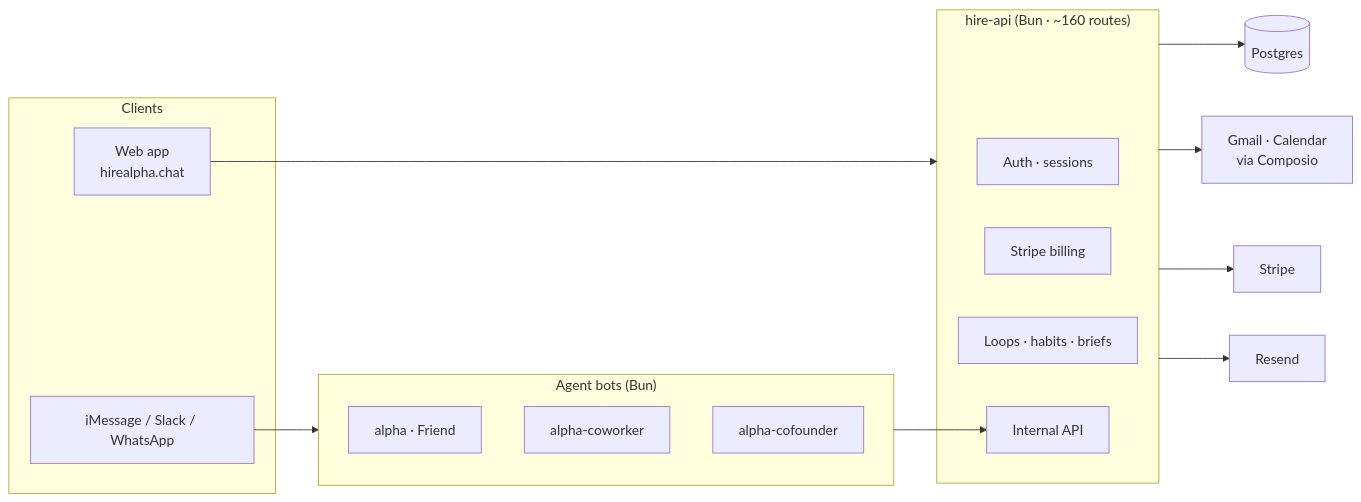
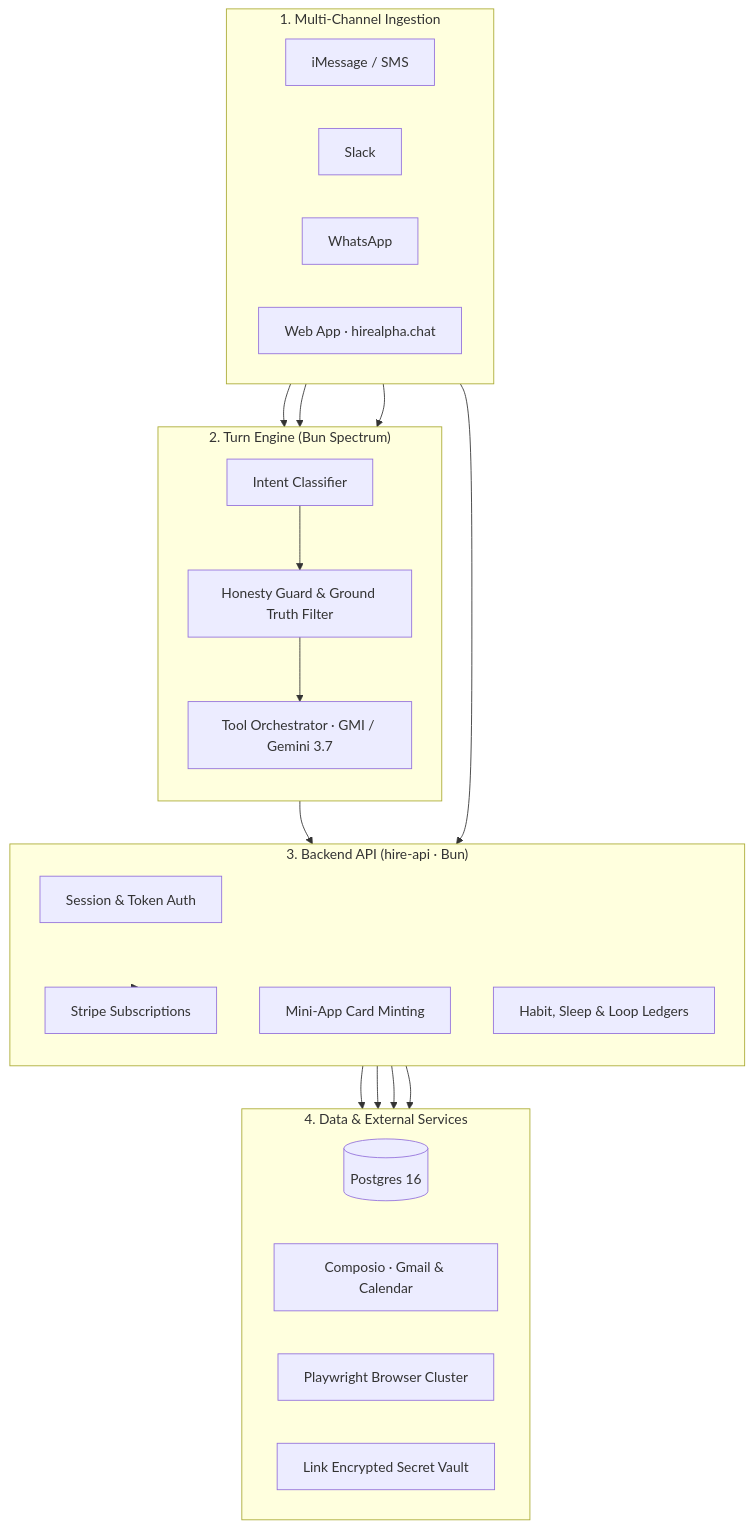
Before and after one commit to Sashank-Singh/hirealpha: the second of 2 diagrams in README.md, drawn with Mermaid. The commit also changed other lines of this file and 6 other files, not shown here.

````diff
--- a/README.md
+++ b/README.md
@@ -17,33 +131,43 @@
 ```mermaid
-flowchart LR
-  subgraph Clients
-    S[iMessage / Slack / WhatsApp]
-    W[Web app<br/>hirealpha.chat]
+flowchart TB
+  subgraph Ingestion["1. Multi-Channel Ingestion"]
+    direction LR
+    IM[iMessage / SMS]
+    SL[Slack]
+    WA[WhatsApp]
+    WB[Web App · hirealpha.chat]
   end
 
-  subgraph Bots["Agent bots (Bun)"]
-    F[alpha · Friend]
-    C[alpha-coworker]
-    CF[alpha-cofounder]
+  subgraph Engine["2. Turn Engine (Bun Spectrum)"]
+    direction TB
+    ROUTER[Intent Classifier]
+    HONESTY[Honesty Guard & Ground Truth Filter]
+    TOOLS[Tool Orchestrator · GMI / Gemini 3.7]
   end
 
-  subgraph API["hire-api (Bun · ~160 routes)"]
-    AUTH[Auth · sessions]
-    BILL[Stripe billing]
-    LOOP[Loops · habits · briefs]
-    INT[Internal API]
+  subgraph Core["3. Backend API (hire-api · Bun)"]
+    direction TB
+    AUTH[Session & Token Auth]
+    MINI[Mini-App Card Minting]
+    LOOP[Habit, Sleep & Loop Ledgers]
+    BILL[Stripe Subscriptions]
   end
 
-  DB[(Postgres)]
-  G[Gmail · Calendar<br/>via Composio]
-  ST[Stripe]
-  R[Resend]
+  subgraph Storage["4. Data & External Services"]
+    direction LR
+    PG[(Postgres 16)]
+    COMP[Composio · Gmail & Calendar]
+    PW[Playwright Browser Cluster]
+    VAULT[Link Encrypted Secret Vault]
+  end
 
-  S --> Bots
-  W --> API
-  Bots --> INT
-  API --> DB
-  API --> G
-  API --> ST
-  API --> R
+  IM & SL & WA --> ROUTER
+  WB --> AUTH
+  ROUTER --> HONESTY --> TOOLS
+  TOOLS --> Core
+  Core --> PG
+  Core --> COMP
+  Core --> PW
+  Core --> VAULT
+  Core --> BILL
 ```
````
